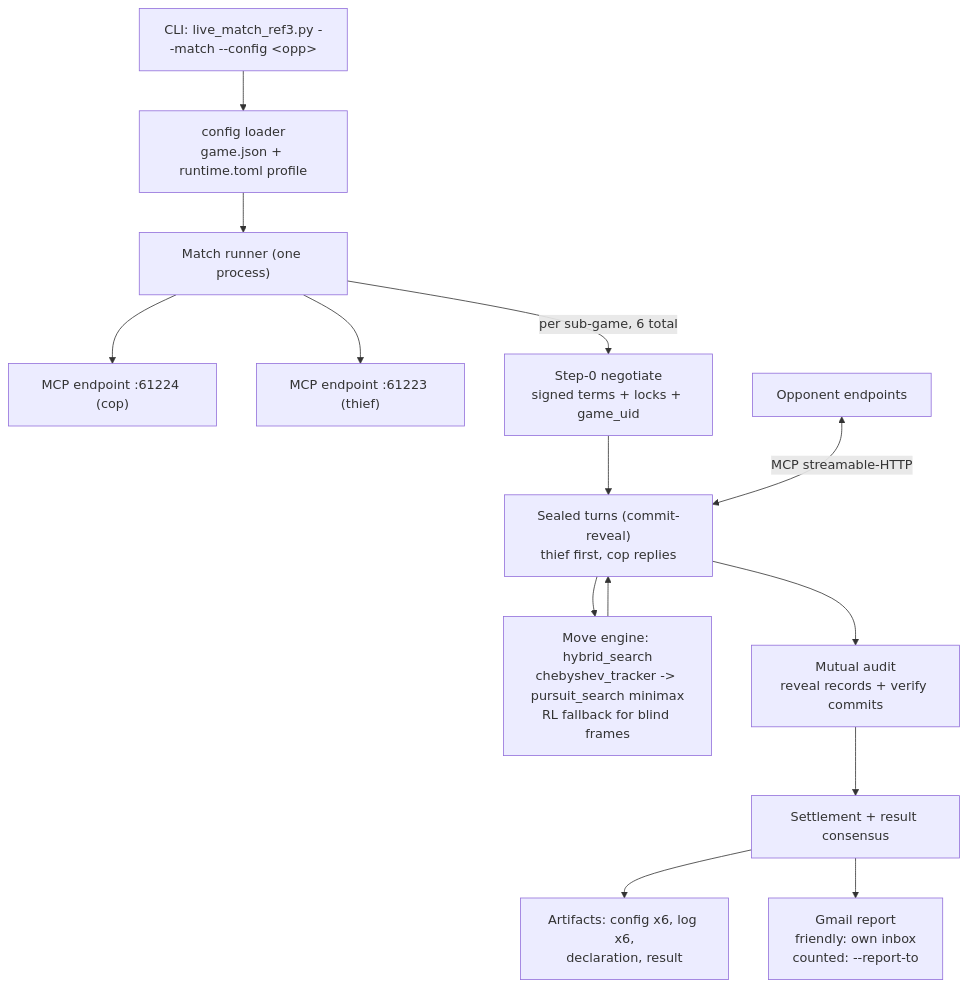
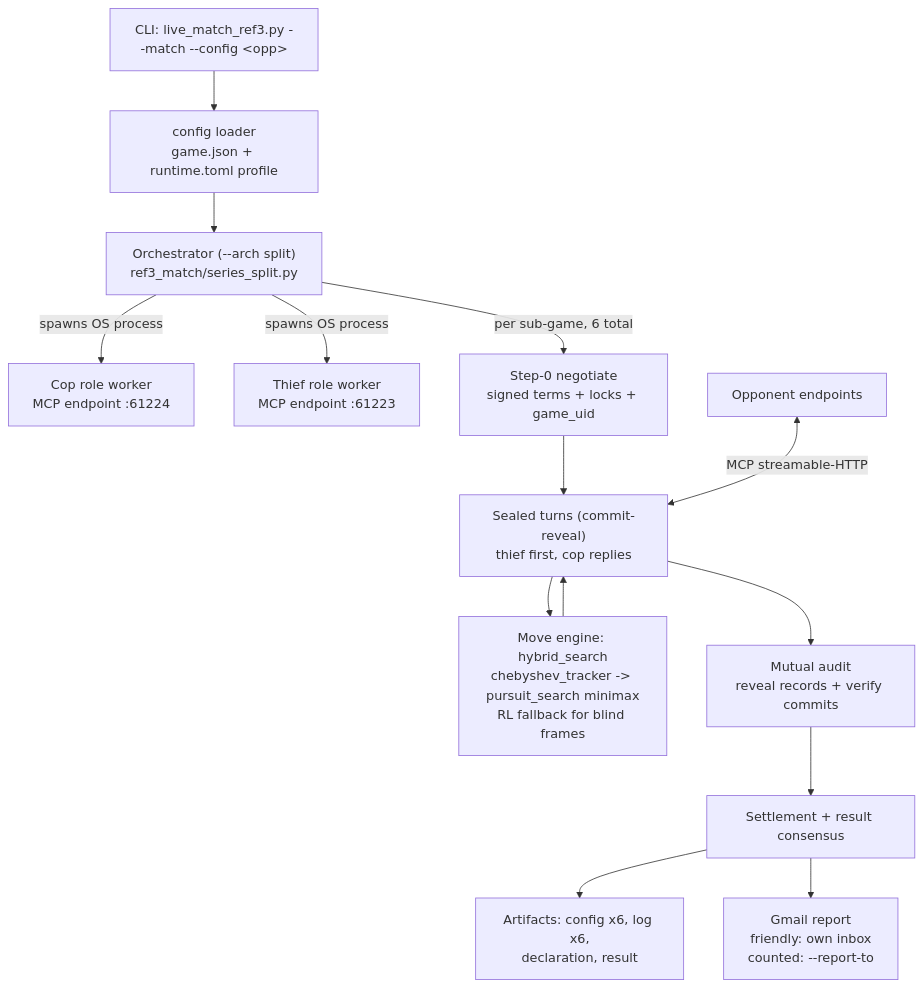
One commit to AmitKuper/vibecode-cop changed the diagram in README.md. Above: the diagram before and after it, drawn with Mermaid. The commit also changed other lines of this file and 25 other files, not shown here.

````diff
--- a/README.md
+++ b/README.md
@@ -175,16 +194,16 @@
 ```mermaid
 flowchart TD
     CLI["CLI: live_match_ref3.py --match --config &lt;opp&gt;"] --> CFG["config loader<br/>game.json + runtime.toml profile"]
-    CFG --> RUN["Match runner (one process)"]
-    RUN --> COP["MCP endpoint :61224 (cop)"]
-    RUN --> THF["MCP endpoint :61223 (thief)"]
+    CFG --> RUN["Orchestrator (--arch split)<br/>ref3_match/series_split.py"]
+    RUN -->|spawns OS process| COP["Cop role worker<br/>MCP endpoint :61224"]
+    RUN -->|spawns OS process| THF["Thief role worker<br/>MCP endpoint :61223"]
     RUN -->|per sub-game, 6 total| NEG["Step-0 negotiate<br/>signed terms + locks + game_uid"]
     NEG --> TURNS["Sealed turns (commit-reveal)<br/>thief first, cop replies"]
     TURNS --> ENGINE["Move engine: hybrid_search<br/>chebyshev_tracker -> pursuit_search minimax<br/>RL fallback for blind frames"]
     ENGINE --> TURNS
     TURNS --> AUDIT["Mutual audit<br/>reveal records + verify commits"]
     AUDIT --> SETTLE["Settlement + result consensus"]
     SETTLE --> ART["Artifacts: config x6, log x6,<br/>declaration, result"]
     SETTLE --> MAIL["Gmail report<br/>friendly: own inbox<br/>counted: --report-to"]
     OPP["Opponent endpoints"] <-->|MCP streamable-HTTP| TURNS
 ```
````
